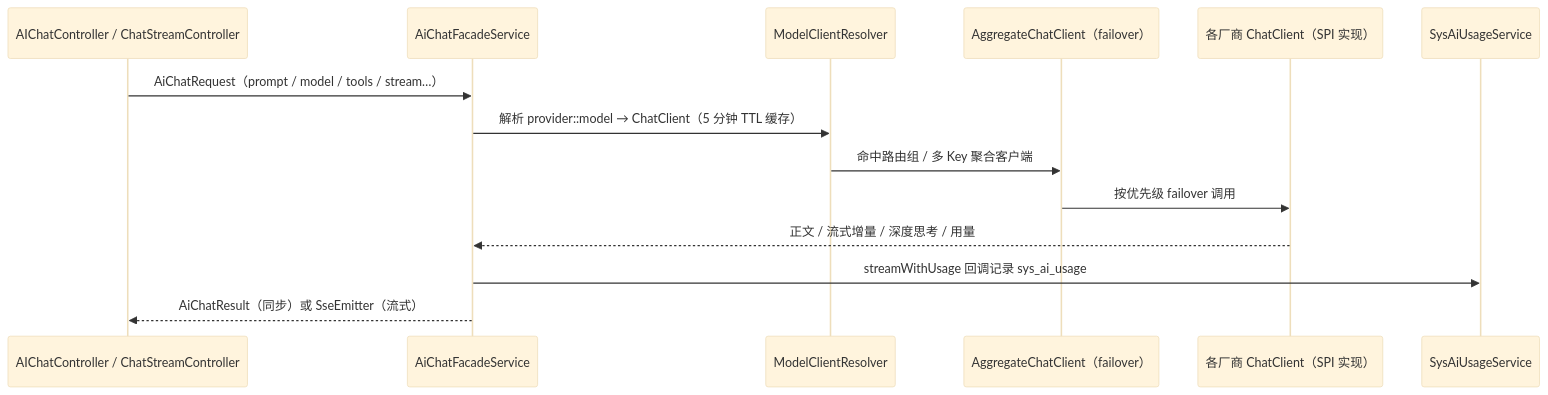
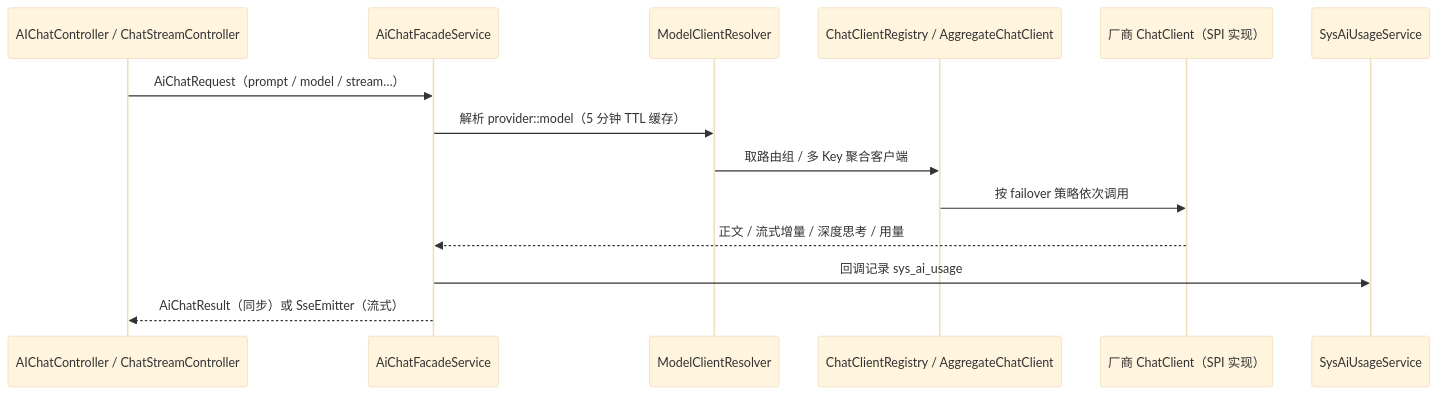
The second of 2 diagrams in spring-support-ai-starter/README.md (CHTK001/spring-support-parent-starter), drawn with Mermaid (base theme) before and after one commit. The commit also changed other lines of this file and 54 other files, not shown here.

````diff
--- a/spring-support-ai-starter/README.md
+++ b/spring-support-ai-starter/README.md
@@ -104,16 +42,16 @@
 ```mermaid
 sequenceDiagram
     participant C as AIChatController / ChatStreamController
     participant F as AiChatFacadeService
-    participant M as ModelClientResolver
-    participant A as AggregateChatClient（failover）
-    participant P as 各厂商 ChatClient（SPI 实现）
+    participant R as ModelClientResolver
+    participant G as ChatClientRegistry / AggregateChatClient
+    participant P as 厂商 ChatClient（SPI 实现）
     participant U as SysAiUsageService
-    C->>F: AiChatRequest（prompt / model / tools / stream…）
-    F->>M: 解析 provider::model → ChatClient（5 分钟 TTL 缓存）
-    M->>A: 命中路由组 / 多 Key 聚合客户端
-    A->>P: 按优先级 failover 调用
+    C->>F: AiChatRequest（prompt / model / stream…）
+    F->>R: 解析 provider::model（5 分钟 TTL 缓存）
+    R->>G: 取路由组 / 多 Key 聚合客户端
+    G->>P: 按 failover 策略依次调用
     P-->>F: 正文 / 流式增量 / 深度思考 / 用量
-    F->>U: streamWithUsage 回调记录 sys_ai_usage
+    F->>U: 回调记录 sys_ai_usage
     F-->>C: AiChatResult（同步）或 SseEmitter（流式）
 ```
````
